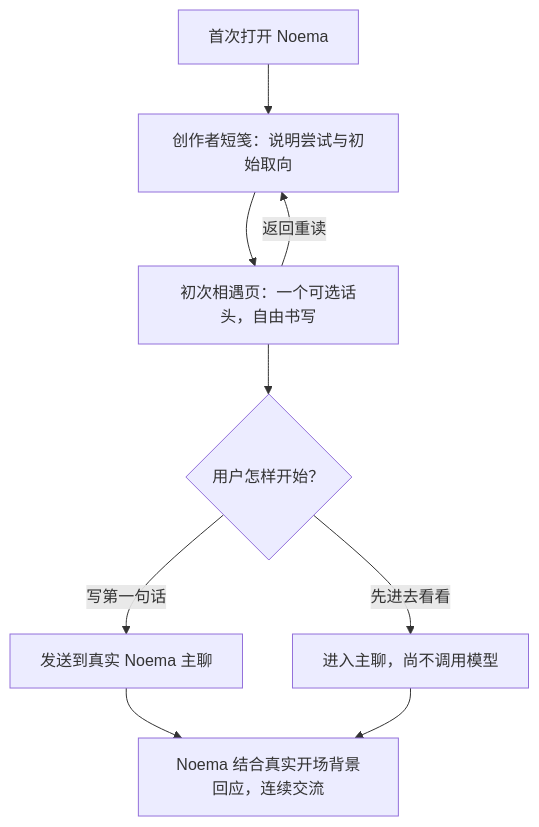
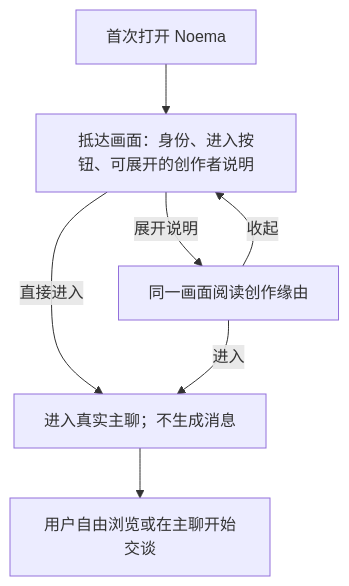
Before and after one commit to Noema-Harness/noema-agent: the second of 12 diagrams in docs/design/noema-core-flows.md, drawn with Mermaid. The commit also changed other lines of this file and 6 other files, not shown here.

````diff
--- a/docs/design/noema-core-flows.md
+++ b/docs/design/noema-core-flows.md
@@ -62,11 +62,9 @@
 ```mermaid
 flowchart TD
-    OPEN[首次打开 Noema] --> INTRO[创作者短笺：说明尝试与初始取向]
-    INTRO --> SPACE[初次相遇页：一个可选话头，自由书写]
-    SPACE --> CHOICE{用户怎样开始？}
-    CHOICE -->|写第一句话| SEND[发送到真实 Noema 主聊]
-    CHOICE -->|先进去看看| ENTER[进入主聊，尚不调用模型]
-    SEND --> TALK[Noema 结合真实开场背景回应，连续交流]
-    ENTER --> TALK
-    SPACE -->|返回重读| INTRO
+    OPEN[首次打开 Noema] --> ARRIVE[抵达画面：身份、进入按钮、可展开的创作者说明]
+    ARRIVE -->|直接进入| ENTER[进入真实主聊；不生成消息]
+    ARRIVE -->|展开说明| NOTE[同一画面阅读创作缘由]
+    NOTE -->|进入| ENTER
+    NOTE -->|收起| ARRIVE
+    ENTER --> TALK[用户自由浏览或在主聊开始交谈]
 ```
````
